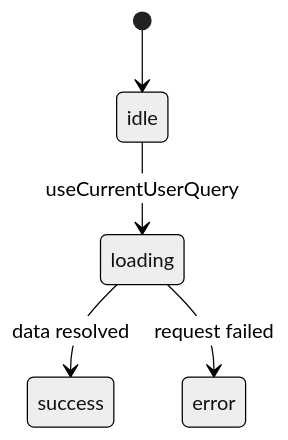
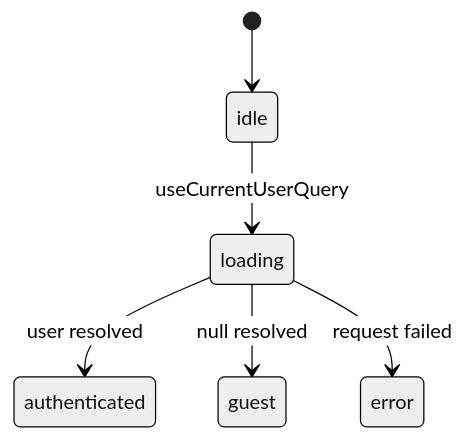
Before and after one commit to tiwa-cc/tiwa-cc.workforce: the first of 4 diagrams in docs/state-machine.md, drawn with Mermaid (neutral theme). The commit also changed other lines of this file and 15 other files, not shown here.

Commit message:
Add demo login flow and update docs

````diff
--- a/docs/state-machine.md
+++ b/docs/state-machine.md
@@ -29,7 +32,8 @@
 ```mermaid
 stateDiagram-v2
     [*] --> idle
     idle --> loading: useCurrentUserQuery
-    loading --> success: data resolved
+    loading --> authenticated: user resolved
+    loading --> guest: null resolved
     loading --> error: request failed
 ```
````
